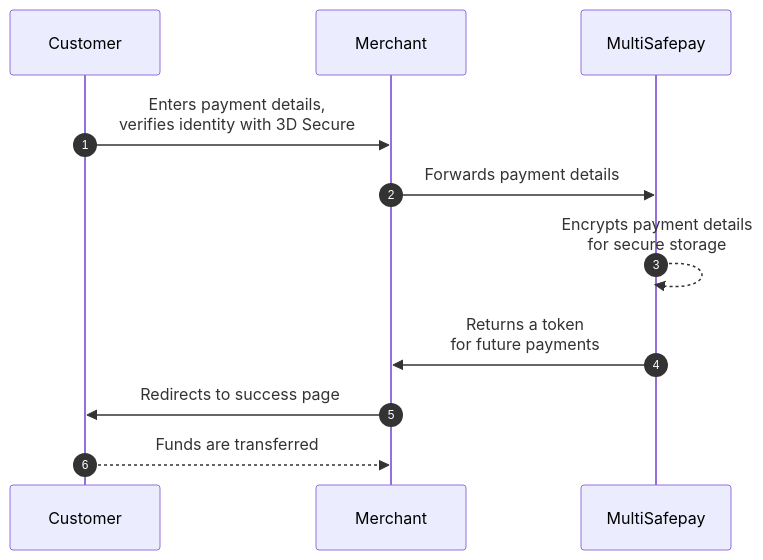
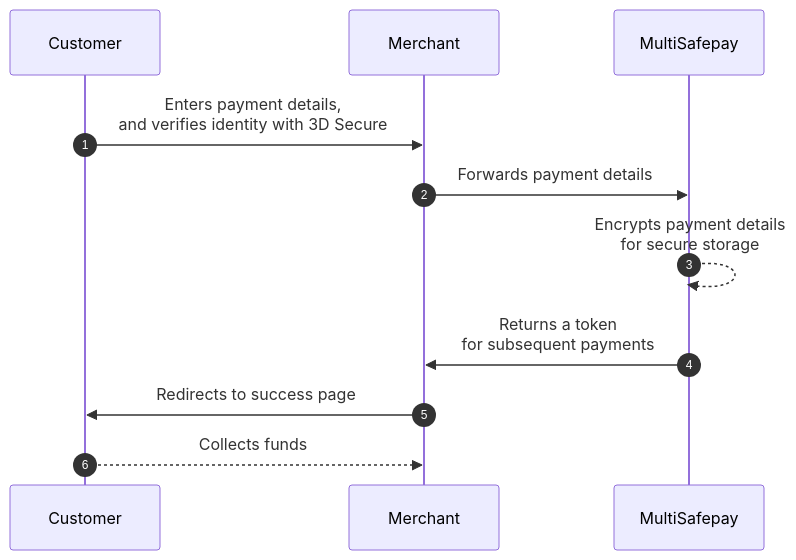
One commit to MultiSafepay/docs changed the first of 3 diagrams in content/payments/features/recurring-payments/_index.md. Above: the diagram before and after it, drawn with Mermaid. The commit also changed other lines of this file, not shown here.

First line of the commit message:
DOCS-3059: Reorganization of Recurring Payments (#1994)

```diff
--- a/content/payments/features/recurring-payments/_index.md
+++ b/content/payments/features/recurring-payments/_index.md
@@ -32,16 +56,17 @@
 {{< mermaid class="text-center" >}}
 
 sequenceDiagram
     autonumber
     participant C as Customer
     participant Me as Merchant
     participant Mu as MultiSafepay
 
-    C->>Me: Enters payment details, <br> verifies identity with 3D Secure
+    C->>Me: Enters payment details, <br> and verifies identity with 3D Secure
     Me->>Mu: Forwards payment details
     Mu-->>Mu: Encrypts payment details <br> for secure storage
-    Mu->>Me: Returns a token <br> for future payments
+    Mu->>Me: Returns a token <br> for subsequent payments
     Me->>C: Redirects to success page
-    C-->>Me: Funds are transferred
+    C-->>Me: Collects funds
+
 
 {{< /mermaid >}}
```
